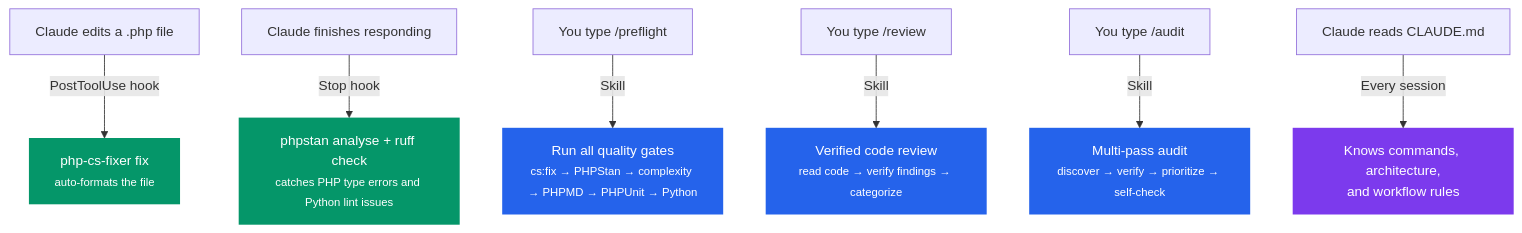
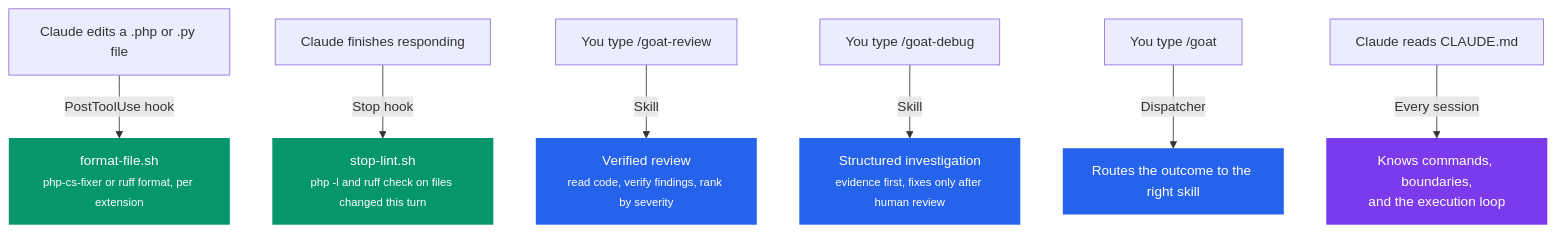
Before and after one commit to blundergoat/ambient-scribe: the diagram in docs/workflow.md, drawn with Mermaid. The commit also changed other lines of this file and 40 other files, not shown here.

````diff
--- a/docs/workflow.md
+++ b/docs/workflow.md
@@ -20,16 +40,16 @@
 ```mermaid
 graph TD
-    A["Claude edits a .php file"] -->|"PostToolUse hook"| B["php-cs-fixer fix<br/><small>auto-formats the file</small>"]
-    C["Claude finishes responding"] -->|"Stop hook"| D["phpstan analyse + ruff check<br/><small>catches PHP type errors and Python lint issues</small>"]
-    E["You type /preflight"] -->|"Skill"| F["Run all quality gates<br/><small>cs:fix → PHPStan → complexity → PHPMD → PHPUnit → Python</small>"]
-    G["You type /review"] -->|"Skill"| H["Verified code review<br/><small>read code → verify findings → categorize</small>"]
-    I["You type /audit"] -->|"Skill"| K["Multi-pass audit<br/><small>discover → verify → prioritize → self-check</small>"]
-    J["Claude reads CLAUDE.md"] -->|"Every session"| L["Knows commands, architecture,<br/>and workflow rules"]
+    A["Claude edits a .php or .py file"] -->|"PostToolUse hook"| B["format-file.sh<br/><small>php-cs-fixer or ruff format, per extension</small>"]
+    C["Claude finishes responding"] -->|"Stop hook"| D["stop-lint.sh<br/><small>php -l and ruff check on files changed this turn</small>"]
+    E["You type /goat-review"] -->|"Skill"| F["Verified review<br/><small>read code, verify findings, rank by severity</small>"]
+    G["You type /goat-debug"] -->|"Skill"| H["Structured investigation<br/><small>evidence first, fixes only after human review</small>"]
+    I["You type /goat"] -->|"Dispatcher"| J["Routes the outcome to the right skill"]
+    K["Claude reads CLAUDE.md"] -->|"Every session"| L["Knows commands, boundaries,<br/>and the execution loop"]
 
     style B fill:#059669,color:#fff,stroke:none
     style D fill:#059669,color:#fff,stroke:none
     style F fill:#2563eb,color:#fff,stroke:none
     style H fill:#2563eb,color:#fff,stroke:none
-    style K fill:#2563eb,color:#fff,stroke:none
+    style J fill:#2563eb,color:#fff,stroke:none
     style L fill:#7c3aed,color:#fff,stroke:none
 ```
````
